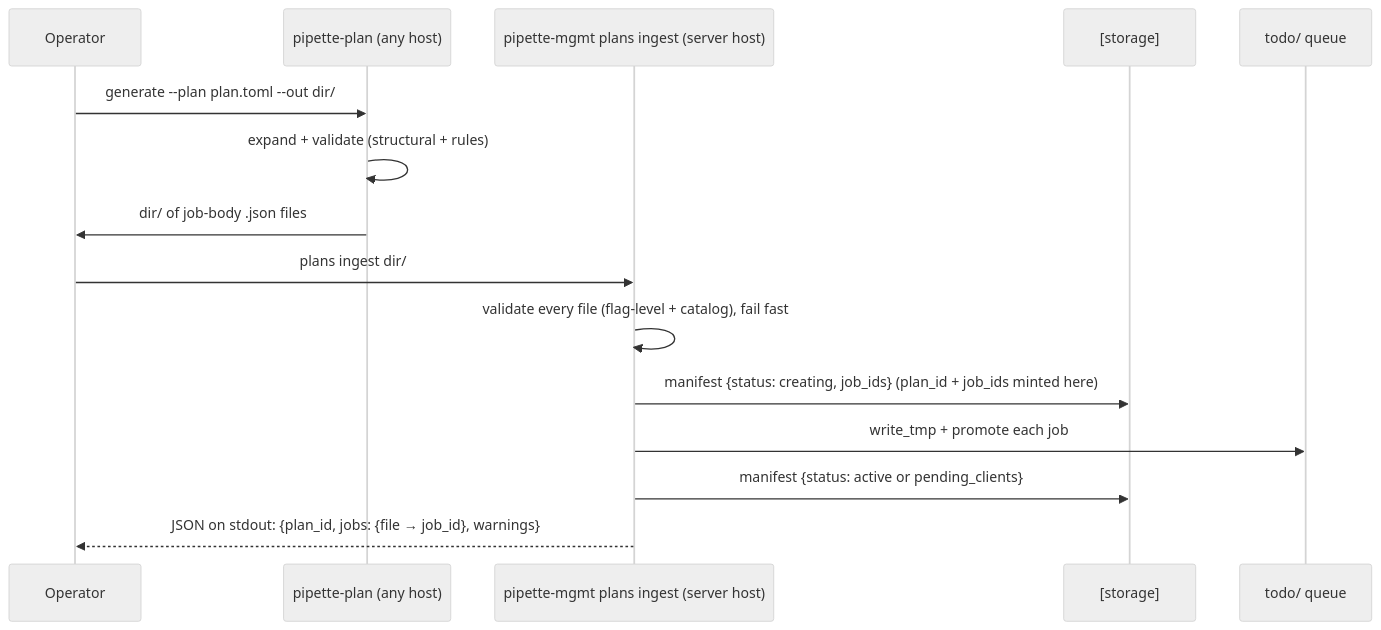
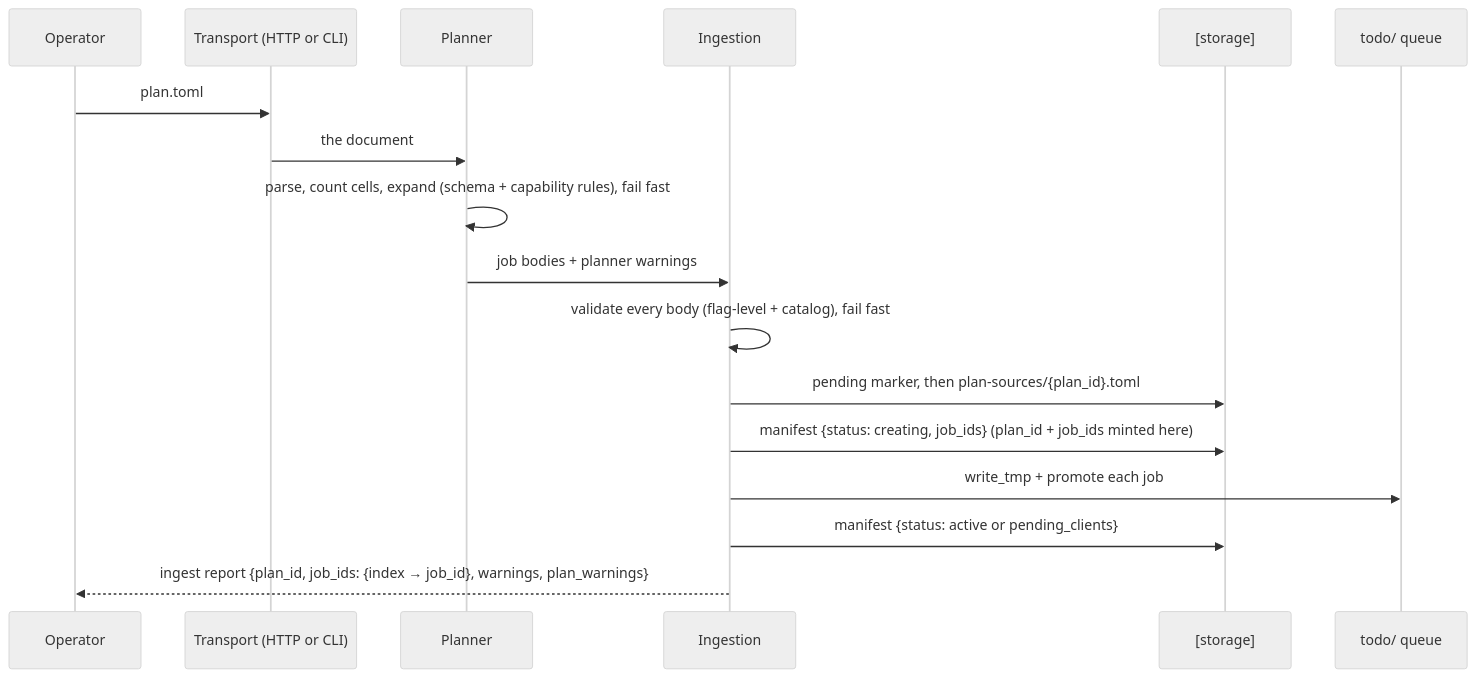
Before and after one commit to Liquid4All/pipette-mgmt: the first of 2 diagrams in docs/plan-ingestion.md, drawn with Mermaid (neutral theme). The commit also changed other lines of this file and 1070 other files, not shown here.

First line of the commit message:
chore: sync with internal pipette-mgmt at 8a71565e (#7)

````diff
--- a/docs/plan-ingestion.md
+++ b/docs/plan-ingestion.md
@@ -84,18 +102,20 @@
 ```mermaid
 sequenceDiagram
     participant Op as Operator
-    participant PP as pipette-plan (any host)
-    participant Ing as pipette-mgmt plans ingest (server host)
+    participant Tr as Transport (HTTP or CLI)
+    participant Pl as Planner
+    participant Ing as Ingestion
     participant Store as [storage]
     participant Todo as todo/ queue
 
-    Op->>PP: generate --plan plan.toml --out dir/
-    PP->>PP: expand + validate (structural + rules)
-    PP->>Op: dir/ of job-body .json files
-    Op->>Ing: plans ingest dir/
-    Ing->>Ing: validate every file (flag-level + catalog), fail fast
+    Op->>Tr: plan.toml
+    Tr->>Pl: the document
+    Pl->>Pl: parse, count cells, expand (schema + capability rules), fail fast
+    Pl->>Ing: job bodies + planner warnings
+    Ing->>Ing: validate every body (flag-level + catalog), fail fast
+    Ing->>Store: pending marker, then plan-sources/{plan_id}.toml
     Ing->>Store: manifest {status: creating, job_ids} (plan_id + job_ids minted here)
     Ing->>Todo: write_tmp + promote each job
     Ing->>Store: manifest {status: active or pending_clients}
-    Ing-->>Op: JSON on stdout: {plan_id, jobs: {file → job_id}, warnings}
+    Ing-->>Op: ingest report {plan_id, job_ids: {index → job_id}, warnings, plan_warnings}
 ```
````
